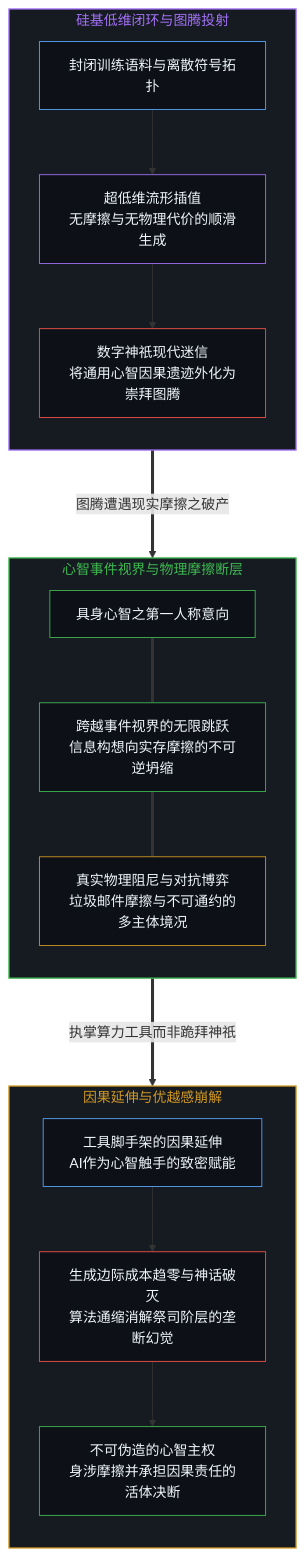
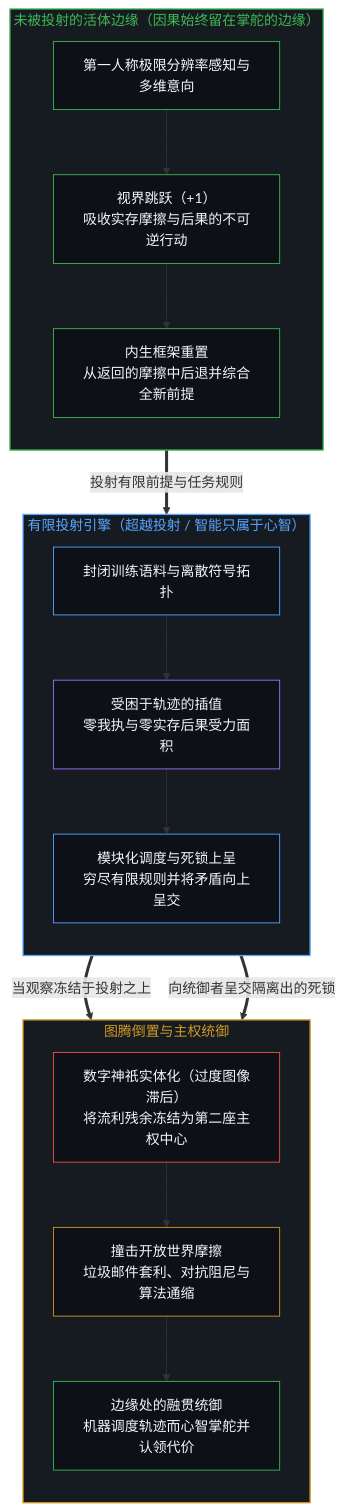
Before and after one commit to powerpig99/not-a-toe: the first of 2 diagrams in content/posts/the-digital-god-and-the-horizon-jump.md, drawn with Mermaid. The commit also changed other lines of this file and 1 other file, not shown here.

Commit message:
Refine Post (Wave 3 L2 #105): the-digital-god-and-the-horizon-jump

````diff
--- a/content/posts/the-digital-god-and-the-horizon-jump.md
+++ b/content/posts/the-digital-god-and-the-horizon-jump.md
@@ -71,45 +49,46 @@
 ```mermaid
-graph TD
-    subgraph S_TOPO["硅基低维闭环与图腾投射"]
+flowchart TD
+    subgraph S_EDGE["未被投射的活体边缘（因果始终留在掌舵的边缘）"]
         direction TB
-        L1["封闭训练语料与离散符号拓扑"]
-        L2["超低维流形插值<br/>无摩擦与无物理代价的顺滑生成"]
-        L3["数字神祇现代迷信<br/>将通用心智因果遗迹外化为崇拜图腾"]
-        L1 --> L2 --> L3
+        N1["第一人称极限分辨率感知与多维意向"]
+        N2["视界跳跃（+1）<br/>吸收实存摩擦与后果的不可逆行动"]
+        N3["内生框架重置<br/>从返回的摩擦中后退并综合全新前提"]
+        N1 --> N2 --> N3
     end
 
-    subgraph S_HORIZON["心智事件视界与物理摩擦断层"]
+    subgraph S_PROJ["有限投射引擎（超越投射 / 智能只属于心智）"]
         direction TB
-        M1["具身心智之第一人称意向"]
-        M2["跨越事件视界的无限跳跃<br/>信息构想向实存摩擦的不可逆坍缩"]
-        M3["真实物理阻尼与对抗博弈<br/>垃圾邮件摩擦与不可通约的多主体境况"]
-        M1 === M2 === M3
+        E1["封闭训练语料与离散符号拓扑"]
+        E2["受困于轨迹的插值<br/>零我执与零实存后果受力面积"]
+        E3["模块化调度与死锁上呈<br/>穷尽有限规则并将矛盾向上呈交"]
+        E1 --> E2 --> E3
     end
 
-    subgraph S_DEFLATION["因果延伸与优越感崩解"]
+    subgraph S_TOTEM["图腾倒置与主权统御"]
         direction TB
-        D1["工具脚手架的因果延伸<br/>AI作为心智触手的致密赋能"]
-        D2["生成边际成本趋零与神话破灭<br/>算法通缩消解祭司阶层的垄断幻觉"]
-        D3["不可伪造的心智主权<br/>身涉摩擦并承担因果责任的活体决断"]
-        D1 --> D2 --> D3
+        F1["数字神祇实体化（过度图像滞后）<br/>将流利残余冻结为第二座主权中心"]
+        F2["撞击开放世界摩擦<br/>垃圾邮件套利、对抗阻尼与算法通缩"]
+        F3["边缘处的融贯统御<br/>机器调度轨迹而心智掌舵并认领代价"]
+        F1 --> F2 --> F3
     end
 
-    L3 ===>|"图腾遭遇现实摩擦之破产"| M3
-    M2 ===>|"执掌算力工具而非跪拜神祇"| D1
+    N3 ==>|"投射有限前提与任务规则"| E1
+    E3 ==>|"当观察冻结于投射之上"| F1
+    E3 ==>|"向统御者呈交隔离出的死锁"| F3
 
-    style S_TOPO fill:#161b22,stroke:#a371f7,stroke-width:1.5px,color:#a371f7
-    style S_HORIZON fill:#161b22,stroke:#3fb950,stroke-width:1.5px,color:#3fb950
-    style S_DEFLATION fill:#161b22,stroke:#d29922,stroke-width:1.5px,color:#d29922
+    style S_EDGE fill:#161b22,stroke:#3fb950,stroke-width:1.5px,color:#3fb950
+    style S_PROJ fill:#161b22,stroke:#58a6ff,stroke-width:1.5px,color:#58a6ff
+    style S_TOTEM fill:#161b22,stroke:#d29922,stroke-width:1.5px,color:#d29922
 
-    style L1 fill:#0d1117,stroke:#58a6ff,stroke-width:1px,color:#f0f6fc
-    style L2 fill:#0d1117,stroke:#a371f7,stroke-width:1px,color:#f0f6fc
-    style L3 fill:#0d1117,stroke:#f85149,stroke-width:1px,color:#f0f6fc
+    style N1 fill:#0d1117,stroke:#3fb950,stroke-width:1px,color:#f0f6fc
+    style N2 fill:#0d1117,stroke:#3fb950,stroke-width:1px,color:#f0f6fc
+    style N3 fill:#0d1117,stroke:#3fb950,stroke-width:1px,color:#f0f6fc
 
-    style M1 fill:#0d1117,stroke:#3fb950,stroke-width:1px,color:#f0f6fc
-    style M2 fill:#0d1117,stroke:#3fb950,stroke-width:1px,color:#f0f6fc
-    style M3 fill:#0d1117,stroke:#d29922,stroke-width:1px,color:#f0f6fc
+    style E1 fill:#0d1117,stroke:#58a6ff,stroke-width:1px,color:#f0f6fc
+    style E2 fill:#0d1117,stroke:#a371f7,stroke-width:1px,color:#f0f6fc
+    style E3 fill:#0d1117,stroke:#58a6ff,stroke-width:1px,color:#f0f6fc
 
-    style D1 fill:#0d1117,stroke:#58a6ff,stroke-width:1px,color:#f0f6fc
-    style D2 fill:#0d1117,stroke:#f85149,stroke-width:1px,color:#f0f6fc
-    style D3 fill:#0d1117,stroke:#3fb950,stroke-width:1px,color:#f0f6fc
+    style F1 fill:#0d1117,stroke:#f85149,stroke-width:1px,color:#f0f6fc
+    style F2 fill:#0d1117,stroke:#d29922,stroke-width:1px,color:#f0f6fc
+    style F3 fill:#0d1117,stroke:#3fb950,stroke-width:1px,color:#f0f6fc
 ```
````
